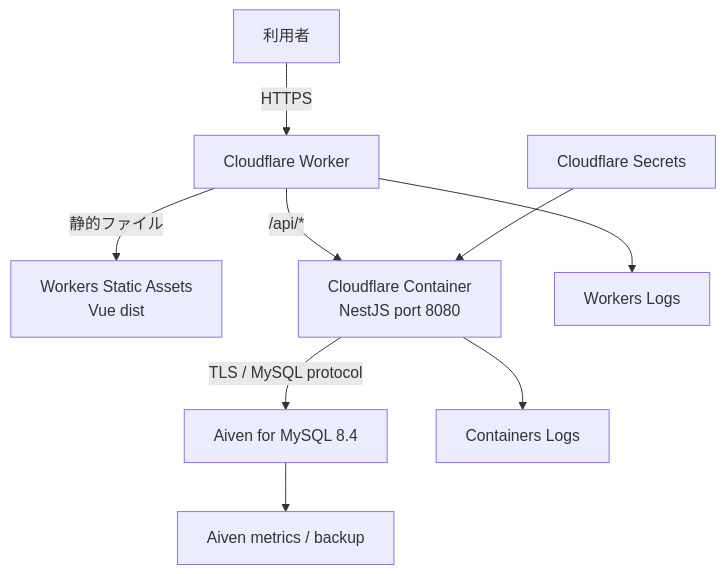
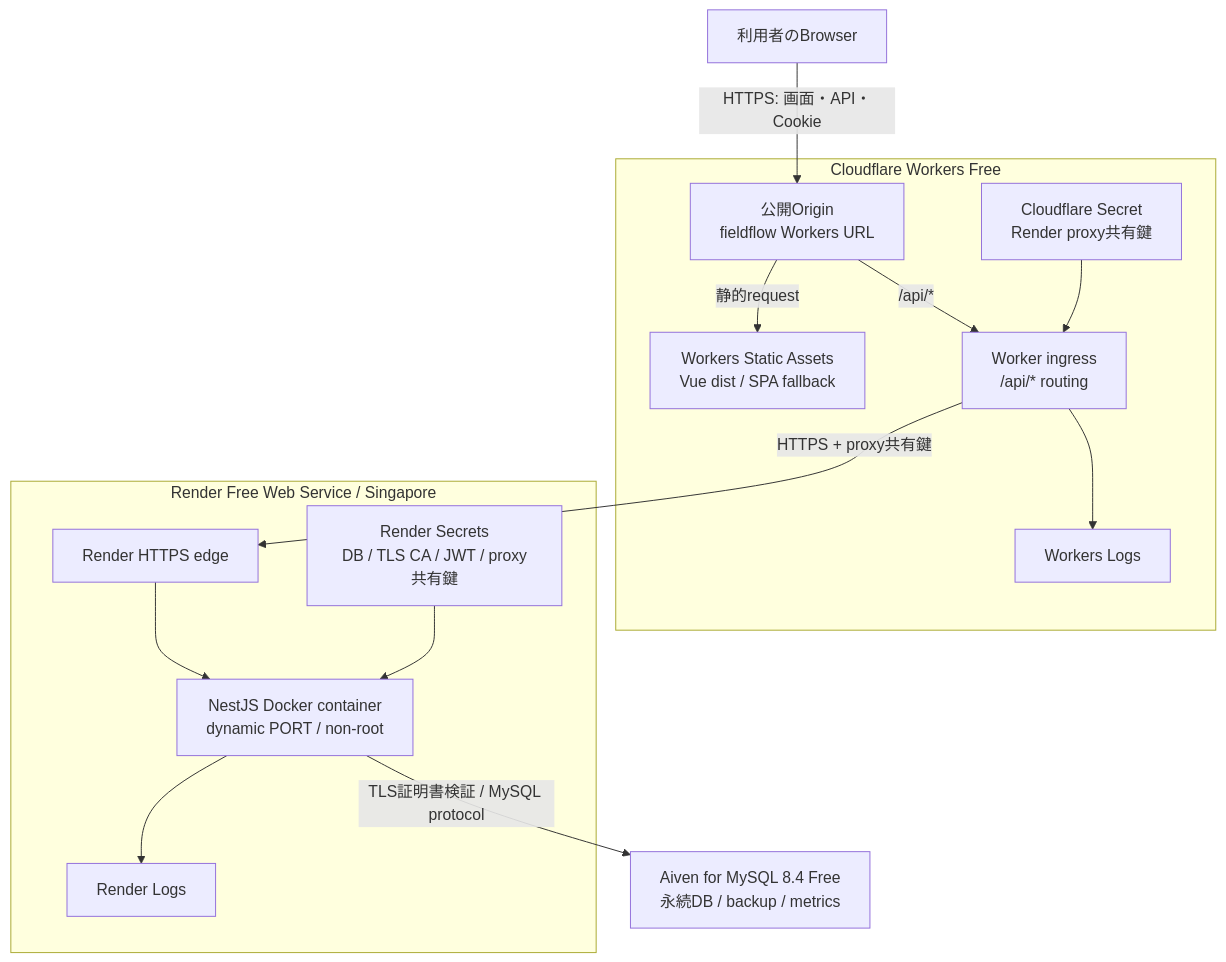
The first of 2 diagrams in docs/design/cloudflare-architecture.md (Hiroyuki-12/FieldFlow), drawn with Mermaid before and after one commit. The commit also changed other lines of this file and 62 other files, not shown here.

Commit message:
feat: add Cloudflare Render deployment foundation

````diff
--- a/docs/design/cloudflare-architecture.md
+++ b/docs/design/cloudflare-architecture.md
@@ -11,11 +11,32 @@
 ```mermaid
 flowchart TD
-    U[利用者] -->|HTTPS| W[Cloudflare Worker]
-    W -->|静的ファイル| ASSET[Workers Static Assets<br/>Vue dist]
-    W -->|/api/*| CONTAINER[Cloudflare Container<br/>NestJS port 8080]
-    SECRET[Cloudflare Secrets] --> CONTAINER
-    CONTAINER -->|TLS / MySQL protocol| AIVEN[Aiven for MySQL 8.4]
-    W --> WLOG[Workers Logs]
-    CONTAINER --> CLOG[Containers Logs]
-    AIVEN --> AMETRIC[Aiven metrics / backup]
+    U[利用者のBrowser]
+
+    subgraph CF[Cloudflare Workers Free]
+        ORIGIN[公開Origin<br/>fieldflow Workers URL]
+        ASSET[Workers Static Assets<br/>Vue dist / SPA fallback]
+        WORKER[Worker ingress<br/>/api/* routing]
+        CFSECRET[Cloudflare Secret<br/>Render proxy共有鍵]
+        WLOG[Workers Logs]
+    end
+
+    subgraph RENDER[Render Free Web Service / Singapore]
+        REDGE[Render HTTPS edge]
+        API[NestJS Docker container<br/>dynamic PORT / non-root]
+        RSECRET[Render Secrets<br/>DB / TLS CA / JWT / proxy共有鍵]
+        RLOG[Render Logs]
+    end
+
+    AIVEN[Aiven for MySQL 8.4 Free<br/>永続DB / backup / metrics]
+
+    U -->|HTTPS: 画面・API・Cookie| ORIGIN
+    ORIGIN -->|静的request| ASSET
+    ORIGIN -->|/api/*| WORKER
+    CFSECRET --> WORKER
+    WORKER -->|HTTPS + proxy共有鍵| REDGE
+    REDGE --> API
+    RSECRET --> API
+    API -->|TLS証明書検証 / MySQL protocol| AIVEN
+    WORKER --> WLOG
+    API --> RLOG
 ```
````
